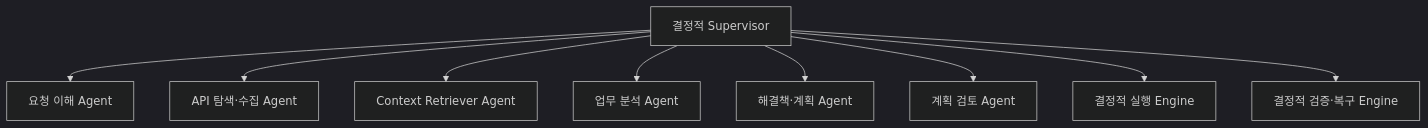
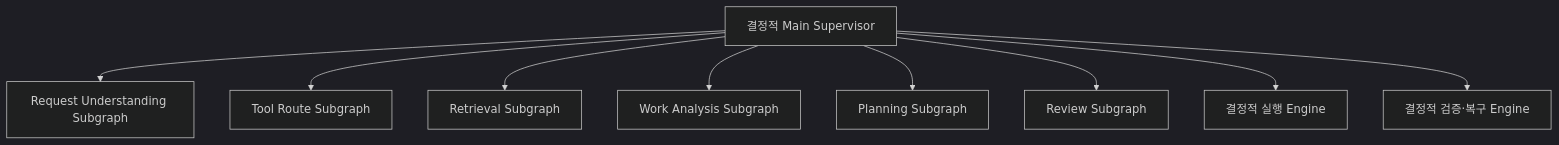
Diagram 15 of 16 in docs/03-system-architecture.md (solar-ai-dev/google-work-agent), drawn with Mermaid (dark theme) before and after one commit. The commit also changed other lines of this file and 22 other files, not shown here.

````diff
--- a/docs/03-system-architecture.md
+++ b/docs/03-system-architecture.md
@@ -1254,11 +1766,11 @@
 ```mermaid
 flowchart TD
-    SUP["결정적 Supervisor"] --> REQ["요청 이해 Agent"]
-    SUP --> ACQ["API 탐색·수집 Agent"]
-    SUP --> RET["Context Retriever Agent"]
-    SUP --> ANA["업무 분석 Agent"]
-    SUP --> PLAN["해결책·계획 Agent"]
-    SUP --> REVIEW["계획 검토 Agent"]
+    SUP["결정적 Main Supervisor"] --> REQ["Request Understanding Subgraph"]
+    SUP --> ROUTE["Tool Route Subgraph"]
+    SUP --> RET["Retrieval Subgraph"]
+    SUP --> ANA["Work Analysis Subgraph"]
+    SUP --> PLAN["Planning Subgraph"]
+    SUP --> REVIEW["Review Subgraph"]
     SUP --> EXEC["결정적 실행 Engine"]
     SUP --> VERIFY["결정적 검증·복구 Engine"]
 ```
````
